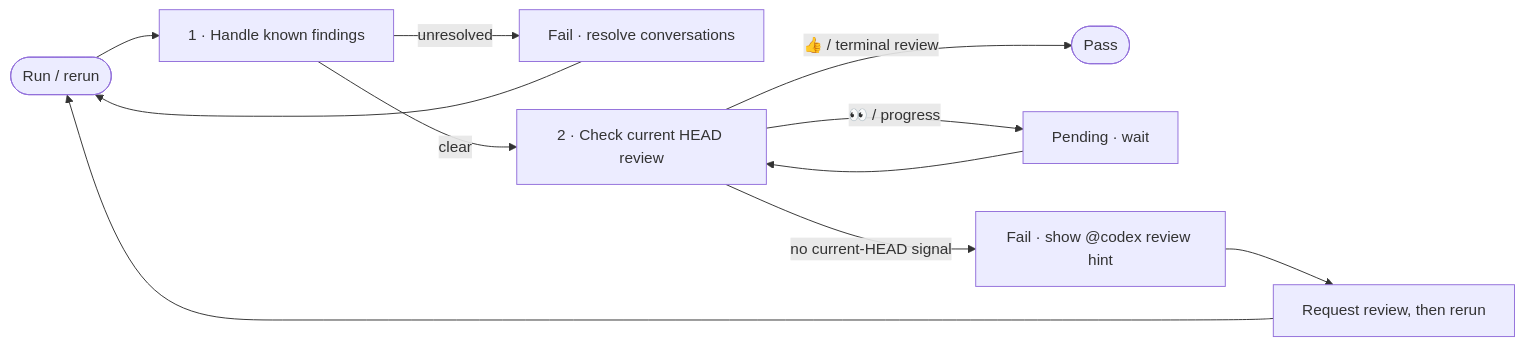
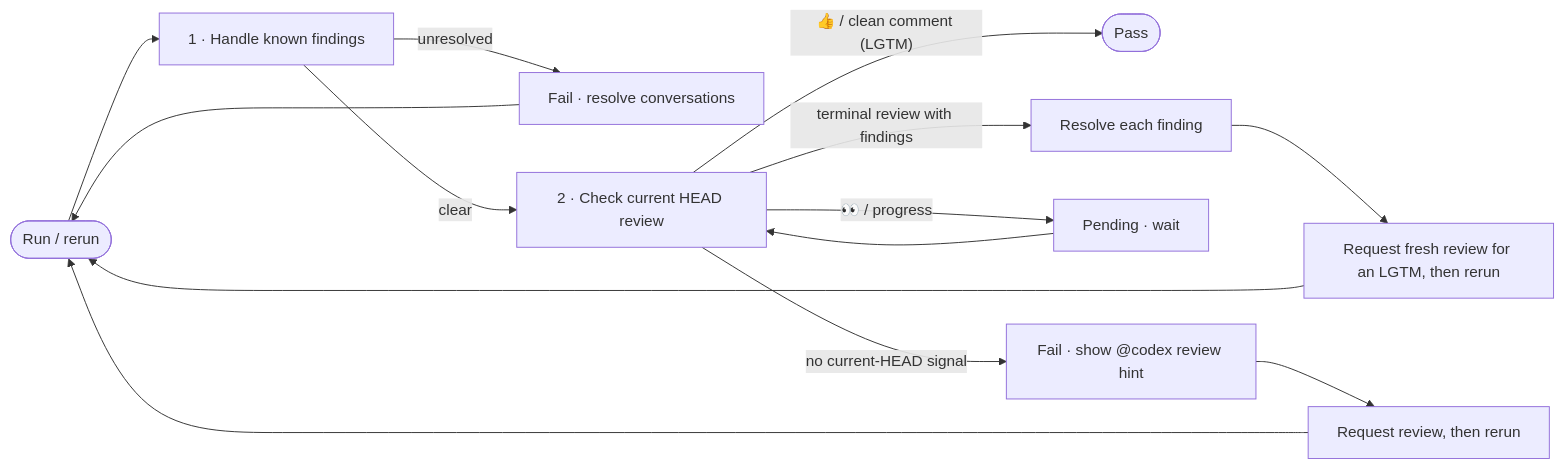
One commit to kkkiio/codex-review-check changed the diagram in README.md. Above: the diagram before and after it, drawn with Mermaid. The commit also changed other lines of this file and 21 other files, not shown here.

````diff
--- a/README.md
+++ b/README.md
@@ -39,18 +39,21 @@
 ```mermaid
 flowchart LR
     A([Run / rerun]) --> B[1 · Handle known findings]
 
     B -- unresolved --> C[Fail · resolve conversations]
     C --> A
 
     B -- clear --> D[2 · Check current HEAD review]
 
-    D -- "👍 / terminal review" --> E([Pass])
+    D -- "👍 / clean comment (LGTM)" --> E([Pass])
+    D -- "terminal review with findings" --> I[Resolve each finding]
+    I --> J[Request fresh review for an LGTM, then rerun]
+    J --> A
 
     D -- "👀 / progress" --> F[Pending · wait]
     F --> D
 
     D -- "no current-HEAD signal" --> G[Fail · show @codex review hint]
     G --> H[Request review, then rerun]
     H --> A
 ```
````
